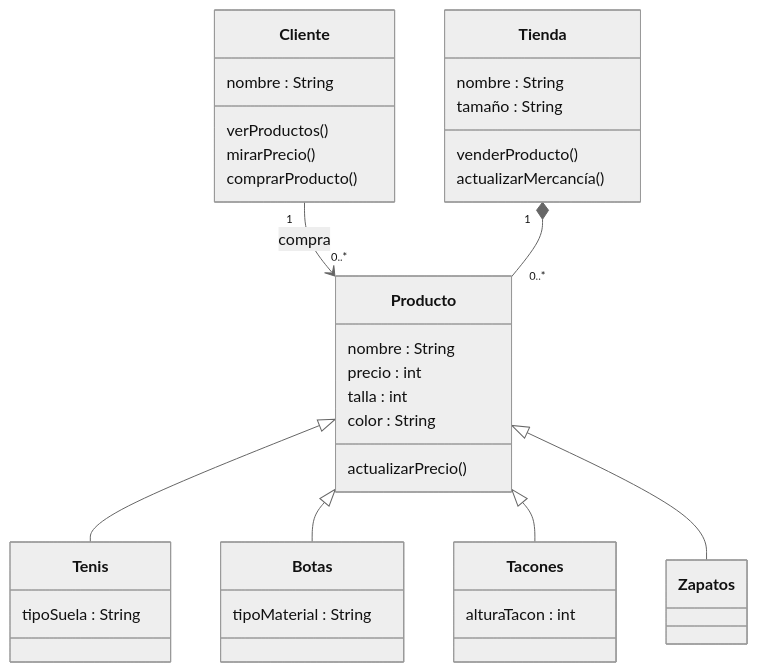
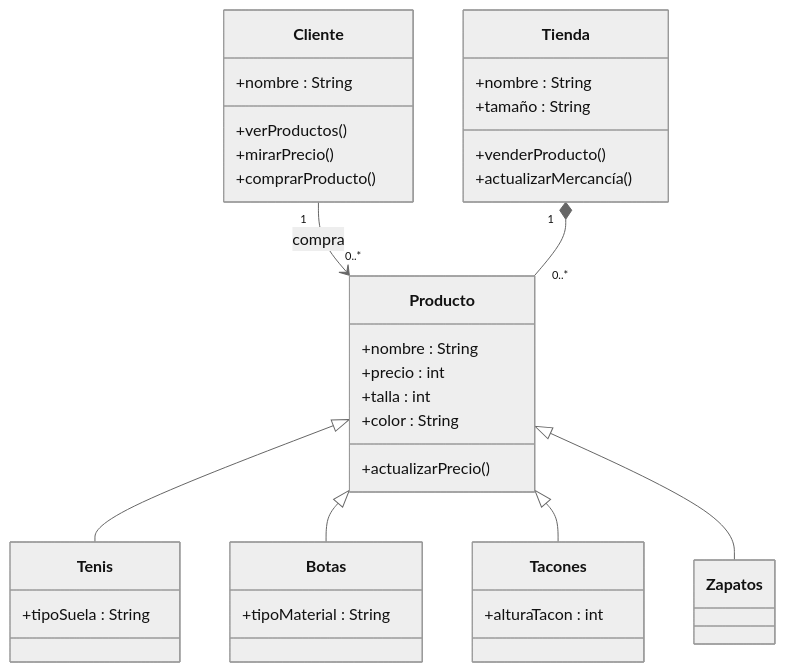
One commit to dabarretor/Reto-2-diagramas-tipo-UML changed the diagram in README.md. Above: the diagram before and after it, drawn with Mermaid (neutral theme).

Commit message:
Añade solución al Reto 2 con diagrama de clases UML de zapatería
Se añade la solución al "Reto 2 - Diagramas tipo UML". El ejercicio modela el sistema de compra-venta de una tienda de calzado mediante un diagrama de clases elaborado con Mermaid.

````diff
--- a/README.md
+++ b/README.md
@@ -8,45 +8,45 @@
 ```mermaid
 classDiagram
 
 Cliente "1" --> "0..*" Producto : compra
 Tienda "1" *-- "0..*" Producto
 
 class Tienda {
-    nombre : String
-    tamaño : String
-    venderProducto()
-    actualizarMercancía()
+    +nombre : String
+    +tamaño : String
+    +venderProducto()
+    +actualizarMercancía()
 }
 
 class Cliente {
-    nombre : String
-    verProductos()
-    mirarPrecio()
-    comprarProducto()
+    +nombre : String
+    +verProductos()
+    +mirarPrecio()
+    +comprarProducto()
 }
 
 class Producto {
-    nombre : String
-    precio : int
-    talla : int
-    color : String
-    actualizarPrecio()
+    +nombre : String
+    +precio : int
+    +talla : int
+    +color : String
+    +actualizarPrecio()
 }
 
 class Tenis {
-    tipoSuela : String
+    +tipoSuela : String
 }
 
 class Tacones {
-    alturaTacon : int
+    +alturaTacon : int
 }
 
 class Botas {
-    tipoMaterial : String
+    +tipoMaterial : String
 }
 
 Producto <|-- Tenis
 Producto <|-- Botas
 Producto <|-- Tacones
 Producto <|-- Zapatos
 ```
````
